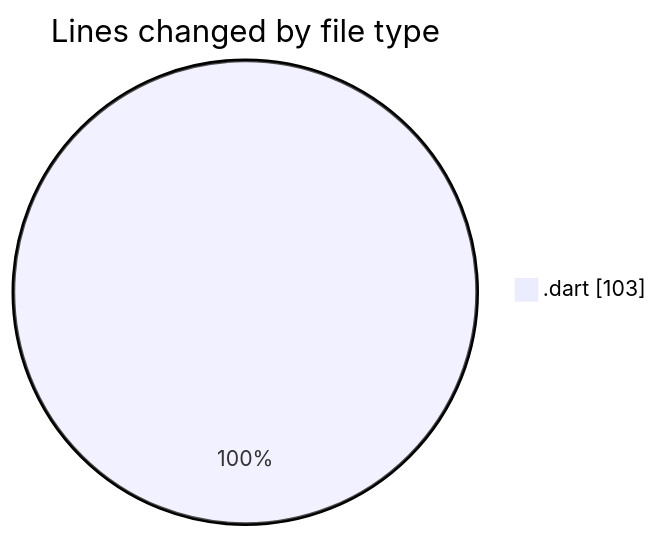
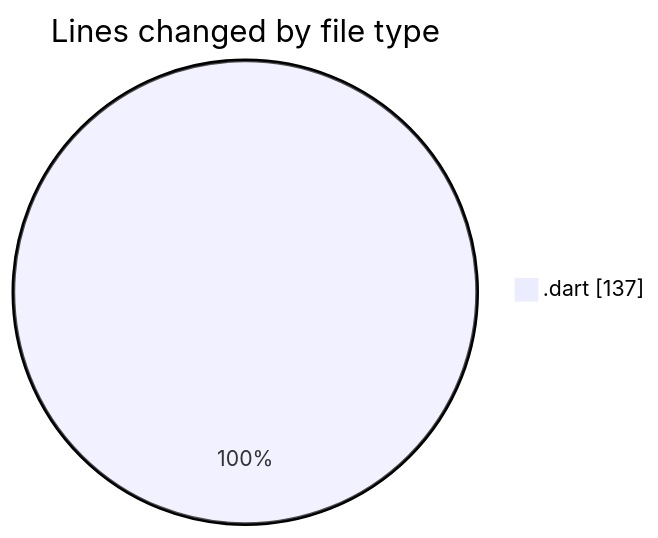
Before and after one commit to donsfak/code-tracking: the first of 2 diagrams in 2025-04-10/trackers_app/README.md, drawn with Mermaid. The commit also changed other lines of this file and 1 other file, not shown here.

````diff
--- a/2025-04-10/trackers_app/README.md
+++ b/2025-04-10/trackers_app/README.md
@@ -23,5 +24,5 @@
 ```mermaid
 pie showData
 title Lines changed by file type
-".dart" : 103
+".dart" : 137
 ```
````
